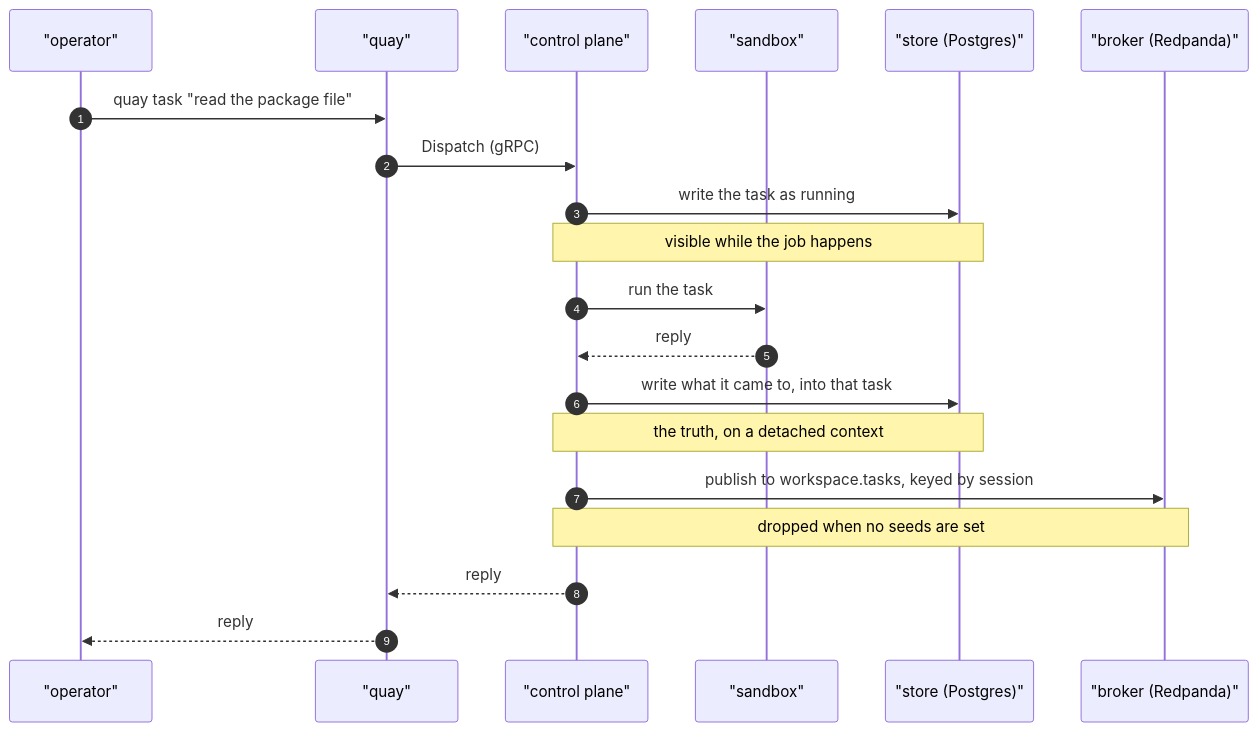
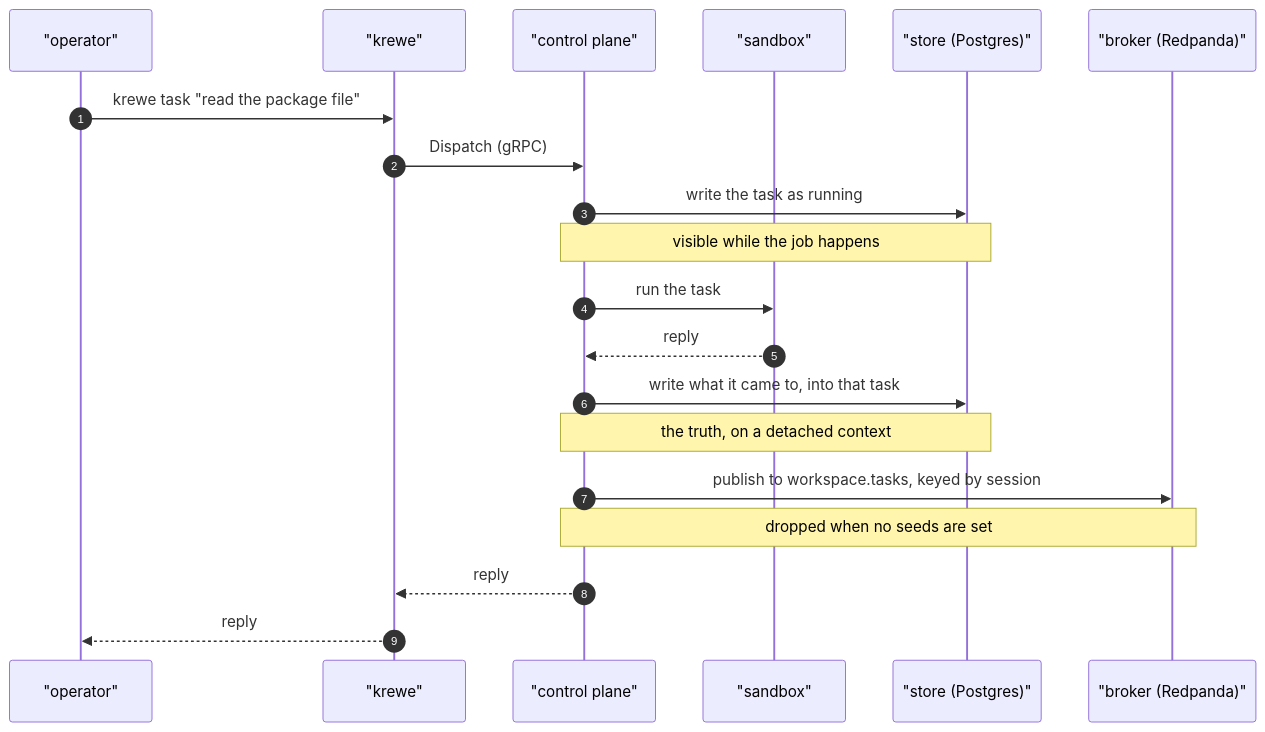
Before and after one commit to atlantic-blue/quay-crew: the third of 3 diagrams in docs/TASKS.md, drawn with Mermaid. The commit also changed other lines of this file and 27 other files, not shown here.

````diff
--- a/docs/TASKS.md
+++ b/docs/TASKS.md
@@ -142,23 +142,23 @@
 ```mermaid
 sequenceDiagram
     autonumber
     participant YOU as "operator"
-    participant CLI as "quay"
+    participant CLI as "krewe"
     participant CP as "control plane"
     participant SBX as "sandbox"
     participant DB as "store (Postgres)"
     participant LOG as "broker (Redpanda)"
 
-    YOU->>CLI: quay task "read the package file"
+    YOU->>CLI: krewe task "read the package file"
     CLI->>CP: Dispatch (gRPC)
     CP->>DB: write the task as running
     Note over CP,DB: visible while the job happens
     CP->>SBX: run the task
     SBX-->>CP: reply
     CP->>DB: write what it came to, into that task
     Note over CP,DB: the truth, on a detached context
     CP->>LOG: publish to workspace.tasks, keyed by session
     Note over CP,LOG: dropped when no seeds are set
     CP-->>CLI: reply
     CLI-->>YOU: reply
 ```
````
